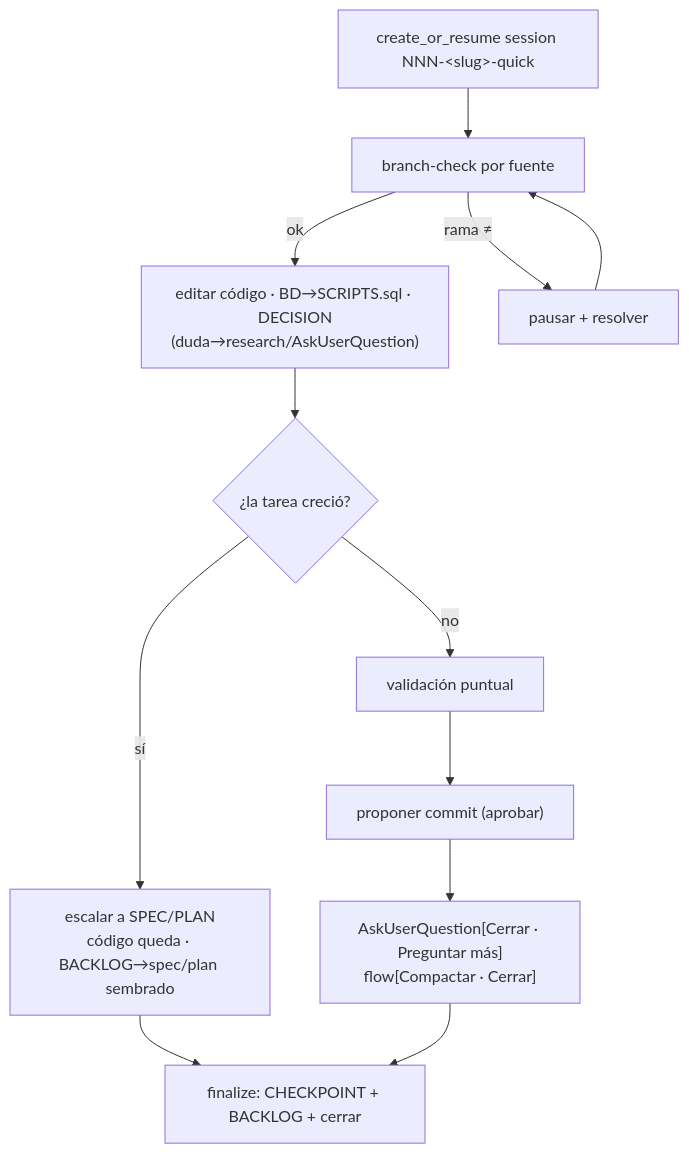
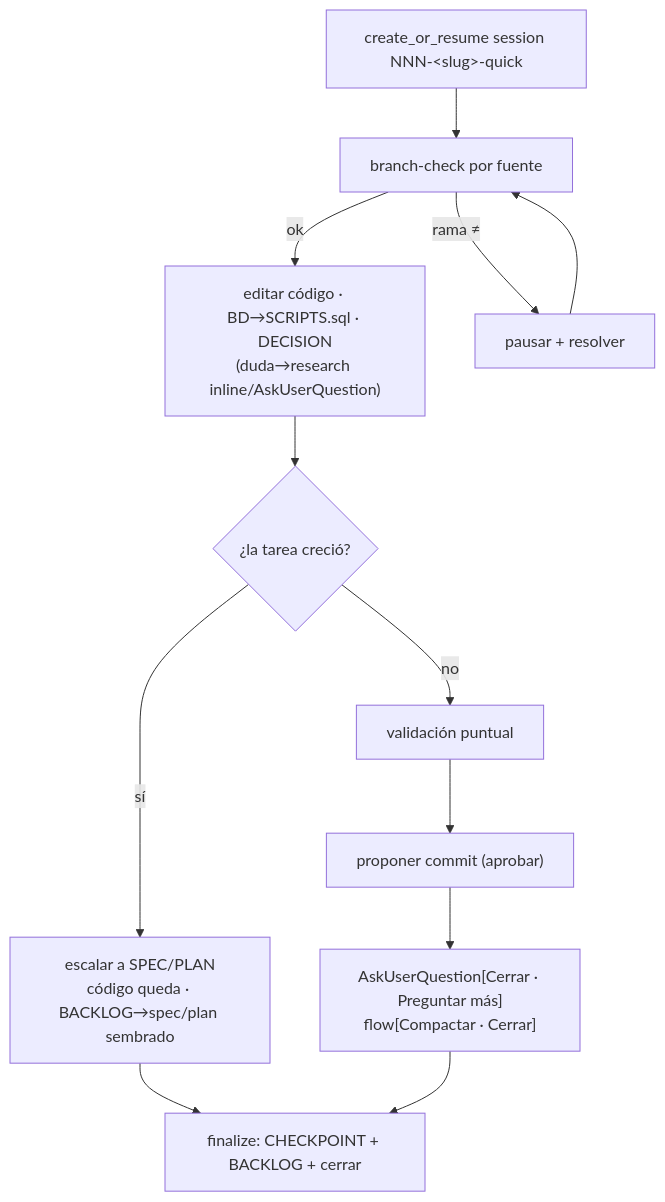
One commit to Tacuchi/agent-workflow-cli changed the diagram in skills/w/loops/quick-loop/SKILL.md. Above: the diagram before and after it, drawn with Mermaid. The commit also changed other lines of this file and 23 other files, not shown here.

First line of the commit message:
feat: una sesión por run, research inline, spec in-place y slugs en docs

````diff
--- a/skills/w/loops/quick-loop/SKILL.md
+++ b/skills/w/loops/quick-loop/SKILL.md
@@ -83,14 +83,14 @@
 ```mermaid
 flowchart TD
     S["create_or_resume session NNN-&lt;slug&gt;-quick"] --> G["branch-check por fuente"]
-    G -->|ok| DO["editar código · BD→SCRIPTS.sql · DECISION<br/>(duda→research/AskUserQuestion)"]
+    G -->|ok| DO["editar código · BD→SCRIPTS.sql · DECISION<br/>(duda→research inline/AskUserQuestion)"]
     G -->|rama ≠| PA["pausar + resolver"]
     PA --> G
     DO --> GROW{"¿la tarea creció?"}
     GROW -->|sí| ESC["escalar a SPEC/PLAN<br/>código queda · BACKLOG→spec/plan sembrado"]
     ESC --> FIN
     GROW -->|no| V["validación puntual"]
     V --> CM["proponer commit (aprobar)"]
     CM --> Q["AskUserQuestion[Cerrar · Preguntar más]<br/>flow[Compactar · Cerrar]"]
     Q --> FIN["finalize: CHECKPOINT + BACKLOG + cerrar"]
 ```
````
